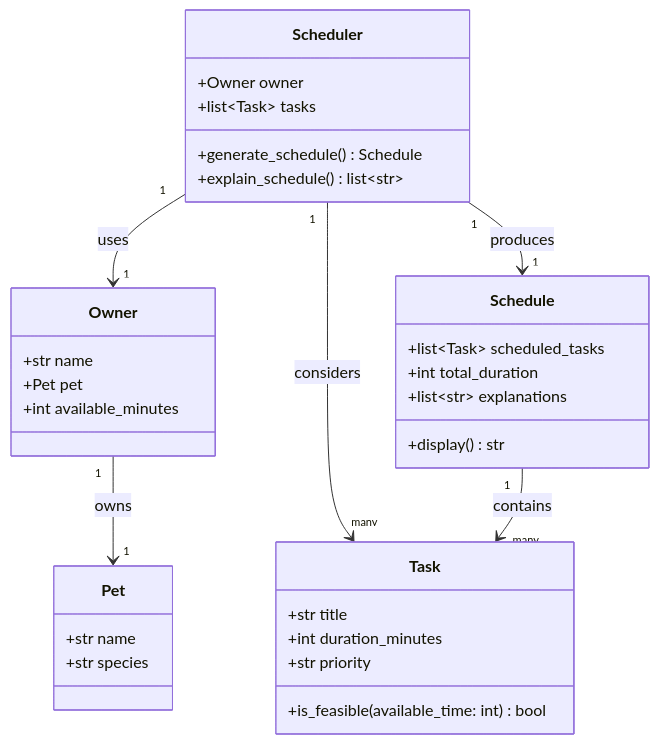
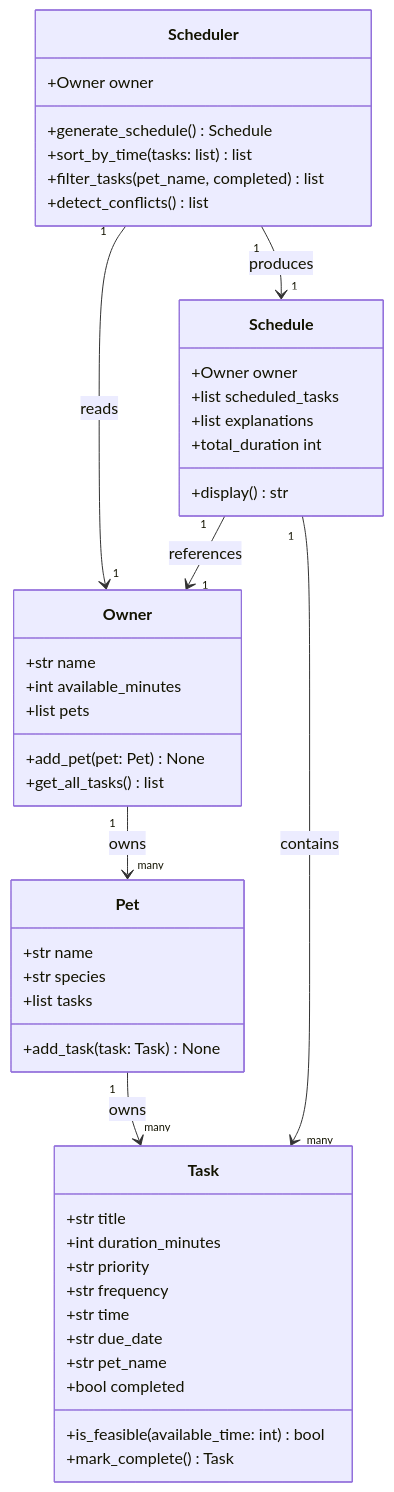
The diagram in reflection.md (Oppong08/ai110-module2show-pawpal-starter), drawn with Mermaid before and after one commit. The commit also changed other lines of this file and 2 other files, not shown here.

Commit message:
feat: polish UI, finalize UML, and complete reflection

````diff
--- a/reflection.md
+++ b/reflection.md
@@ -45,40 +45,53 @@
 ```mermaid
 classDiagram
     class Task {
         +str title
         +int duration_minutes
         +str priority
+        +str frequency
+        +str time
+        +str due_date
+        +str pet_name
+        +bool completed
         +is_feasible(available_time: int) bool
+        +mark_complete() Task
     }
 
     class Pet {
         +str name
         +str species
+        +list tasks
+        +add_task(task: Task) None
     }
 
     class Owner {
         +str name
-        +Pet pet
         +int available_minutes
+        +list pets
+        +add_pet(pet: Pet) None
+        +get_all_tasks() list
     }
 
     class Scheduler {
         +Owner owner
-        +list~Task~ tasks
         +generate_schedule() Schedule
-        +explain_schedule() list~str~
+        +sort_by_time(tasks: list) list
+        +filter_tasks(pet_name, completed) list
+        +detect_conflicts() list
     }
 
     class Schedule {
-        +list~Task~ scheduled_tasks
-        +int total_duration
-        +list~str~ explanations
+        +Owner owner
+        +list scheduled_tasks
+        +list explanations
+        +total_duration int
         +display() str
     }
 
-    Owner "1" --> "1" Pet : owns
-    Scheduler "1" --> "1" Owner : uses
-    Scheduler "1" --> "many" Task : considers
+    Owner "1" --> "many" Pet : owns
+    Pet "1" --> "many" Task : owns
+    Scheduler "1" --> "1" Owner : reads
     Scheduler "1" --> "1" Schedule : produces
+    Schedule "1" --> "1" Owner : references
     Schedule "1" --> "many" Task : contains
 ```
````
